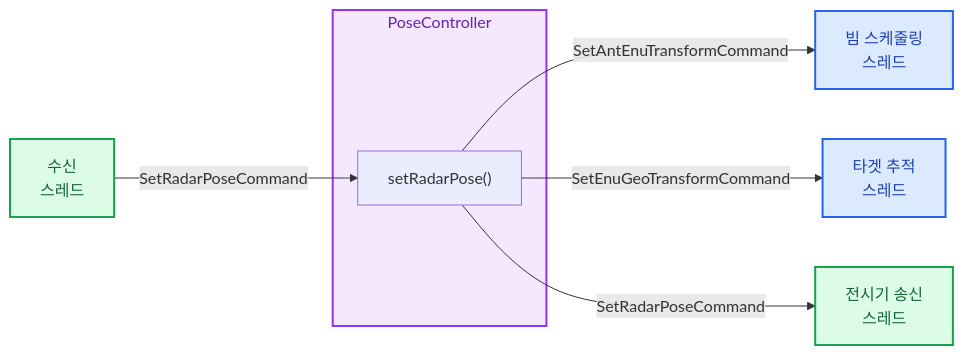
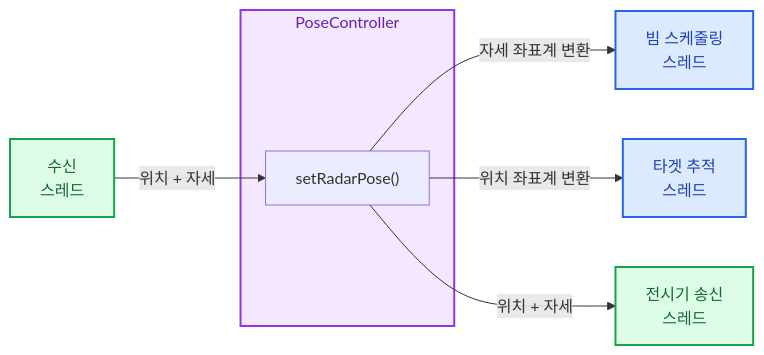
The first of 2 diagrams in src/pose/README.md (AESAlien/aesa-processor), drawn with Mermaid before and after one commit. The commit also changed other lines of this file and 9 other files, not shown here.

````diff
--- a/src/pose/README.md
+++ b/src/pose/README.md
@@ -26,23 +26,23 @@
 ```mermaid
 flowchart LR
     CommReceiveWorker[수신<br/>스레드]
     BeamWorker[빔 스케줄링<br/>스레드]
     TargetWorker[타겟 추적<br/>스레드]
     ConsoleSendWorker[전시기 송신<br/>스레드]
 
     subgraph PoseController
         setRadarPose["setRadarPose()"]
     end
 
-    CommReceiveWorker -->|SetRadarPoseCommand| setRadarPose
-    setRadarPose -->|SetAntEnuTransformCommand| BeamWorker
-    setRadarPose -->|SetEnuGeoTransformCommand| TargetWorker
-    setRadarPose -->|SetRadarPoseCommand| ConsoleSendWorker
+    CommReceiveWorker -->|위치 + 자세| setRadarPose
+    setRadarPose -->|자세 좌표계 변환| BeamWorker
+    setRadarPose -->|위치 좌표계 변환| TargetWorker
+    setRadarPose -->|위치 + 자세| ConsoleSendWorker
 
     classDef communication fill:#DCFCE7,stroke:#16A34A,color:#166534,stroke-width:2px
     classDef processing fill:#DBEAFE,stroke:#2563EB,color:#1E40AF,stroke-width:2px
 
     class CommReceiveWorker,ConsoleSendWorker communication
     class BeamWorker,TargetWorker processing
     style PoseController fill:#F3E8FF,stroke:#9333EA,color:#6B21A8,stroke-width:2px
 ```
````
